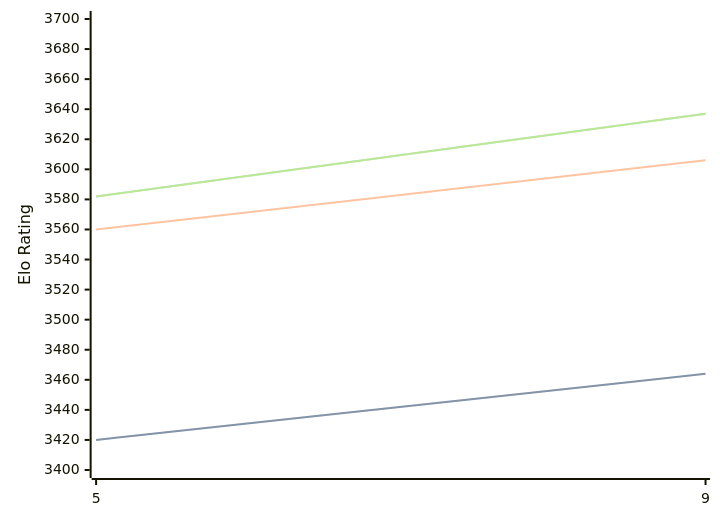
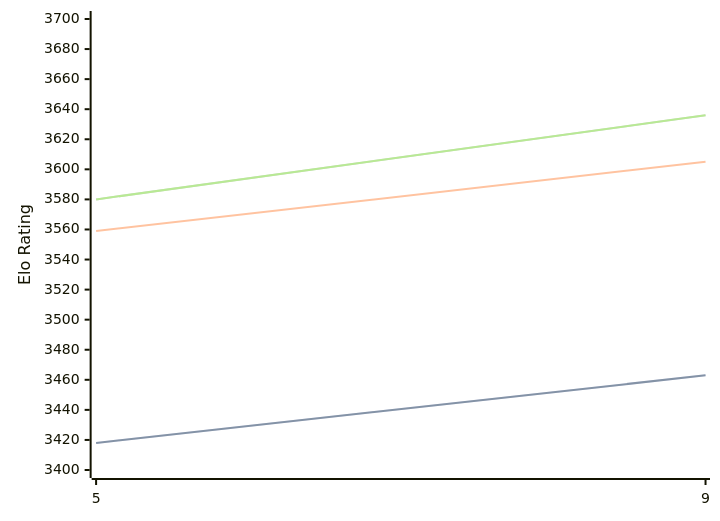
Before and after one commit to computer-chess-index/cci: the diagram in engines/Crystal.md, drawn with Mermaid. The commit also changed other lines of this file, not shown here.

Commit message:
Update CCI Ratings (ELO VLTC) - 2026-03-08

````diff
--- a/engines/Crystal.md
+++ b/engines/Crystal.md
@@ -58,11 +58,11 @@
 ```mermaid
 %%{init: {"theme":"base","themeVariables":{"seriesColors:['#a3a3a3','#222221','#faa371']}}}%%
 xychart-beta
   x-axis ["5", "9"]
   y-axis "Elo Rating" 3400 --> 3700
-  line "STC (8.0+0.08s)" [3420, 3464]
-  line "STC (8.0+0.08s)" [3420, 3464]
-  line "LTC (60.0+0.60s)" [3560, 3606]
-  line "VLTC (2m24s+1.12s)" [3582, 3637]
-  line "VLTC (2m24s+1.12s)" [3582, 3637]
+  line "STC (8.0+0.08s)" [3418, 3463]
+  line "STC (8.0+0.08s)" [3418, 3463]
+  line "LTC (60.0+0.60s)" [3559, 3605]
+  line "VLTC (2m24s+1.12s)" [3580, 3636]
+  line "VLTC (2m24s+1.12s)" [3580, 3636]
 ```
````
